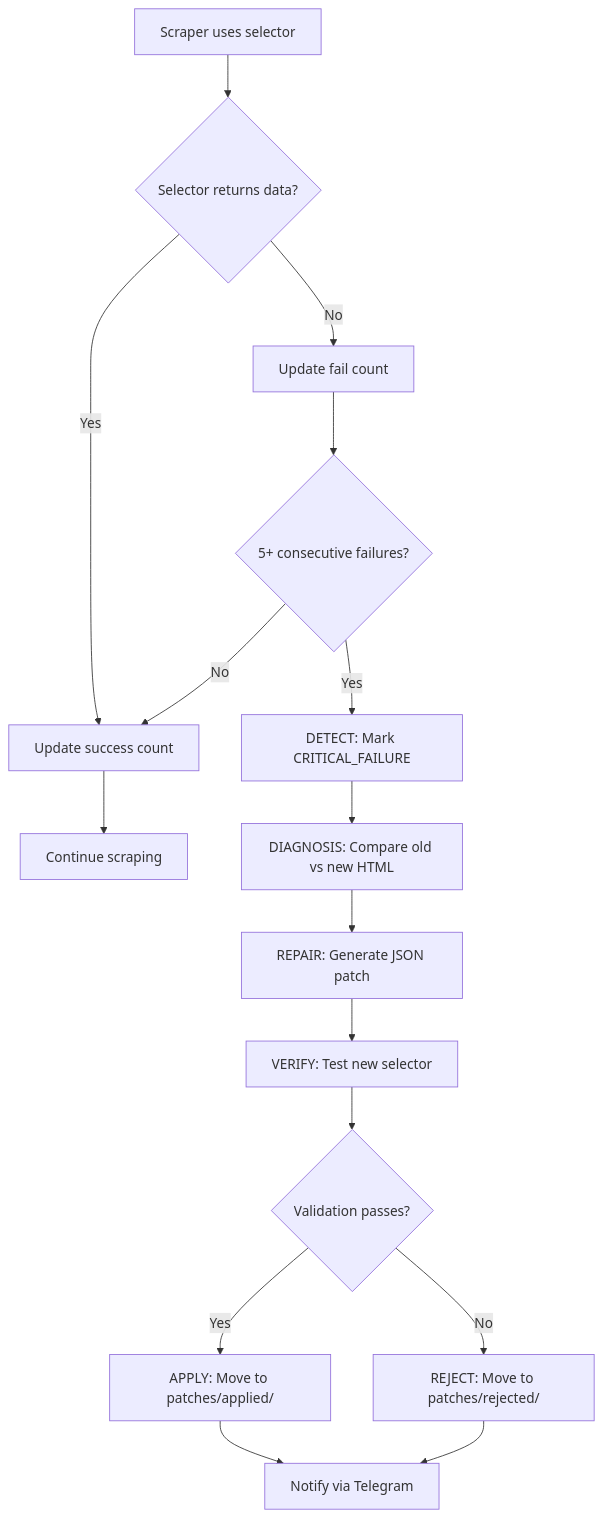
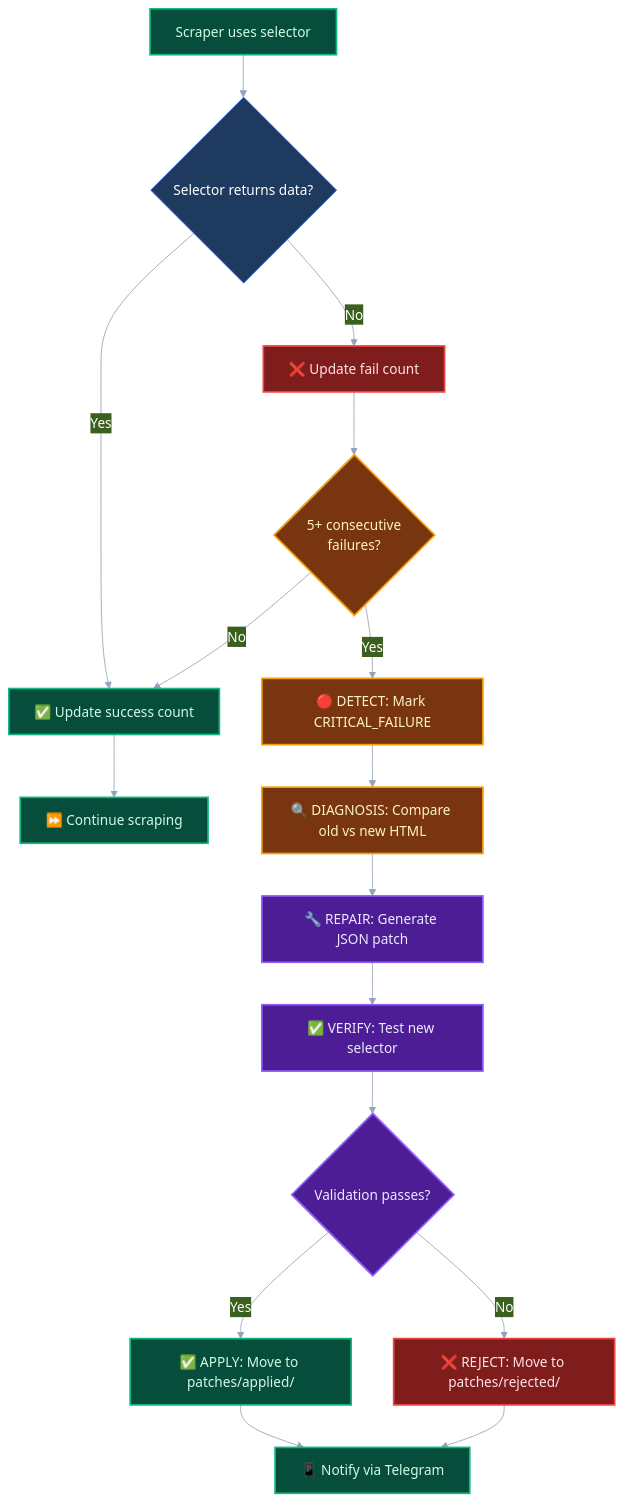
One commit to Gmpho/strike-tips-autonomous- changed the diagram in docs/hotpatch_manager_plan.md. Above: the diagram before and after it, drawn with Mermaid. The commit also changed 8 other files, not shown here.

Commit message:
docs: update Mermaid diagrams and architecture documentation for the hotpatch management flow

````diff
--- a/docs/hotpatch_manager_plan.md
+++ b/docs/hotpatch_manager_plan.md
@@ -145,18 +145,49 @@
 ```mermaid
+%%{
+  init: {
+    'theme': 'base',
+    'themeVariables': {
+      'primaryColor': '#1E3A5F',
+      'primaryTextColor': '#FFF',
+      'primaryBorderColor': '#2563EB',
+      'lineColor': '#94A3B8'
+    }
+  }
+}%%
 graph TD
-    A[Scraper uses selector] --> B{Selector returns data?}
-    B -->|Yes| C[Update success count]
-    B -->|No| D[Update fail count]
-    D --> E{5+ consecutive failures?}
+    classDef normal fill:#064E3B,stroke:#10B981,stroke-width:2px,color:#D1FAE5
+    classDef fail fill:#7F1D1D,stroke:#EF4444,stroke-width:2px,color:#FEE2E2
+    classDef detect fill:#78350F,stroke:#F59E0B,stroke-width:2px,color:#FEF3C7
+    classDef repair fill:#4C1D95,stroke:#8B5CF6,stroke-width:2px,color:#EDE9FE
+    classDef apply fill:#064E3B,stroke:#10B981,stroke-width:2px,color:#D1FAE5
+    classDef reject fill:#7F1D1D,stroke:#EF4444,stroke-width:2px,color:#FEE2E2
+
+    A["Scraper uses selector"] --> B{"Selector returns data?"}
+    class A normal
+    B -->|Yes| C["✅ Update success count"]
+    B -->|No| D["❌ Update fail count"]
+    class C normal
+    class D fail
+    D --> E{"5+ consecutive<br/>failures?"}
+    class E detect
     E -->|No| C
-    E -->|Yes| F[DETECT: Mark CRITICAL_FAILURE]
-    F --> G[DIAGNOSIS: Compare old vs new HTML]
-    G --> H[REPAIR: Generate JSON patch]
-    H --> I[VERIFY: Test new selector]
-    I --> J{Validation passes?}
-    J -->|Yes| K[APPLY: Move to patches/applied/]
-    J -->|No| L[REJECT: Move to patches/rejected/]
-    K --> M[Notify via Telegram]
+    E -->|Yes| F["🔴 DETECT: Mark CRITICAL_FAILURE"]
+    class F detect
+    F --> G["🔍 DIAGNOSIS: Compare old vs new HTML"]
+    class G detect
+    G --> H["🔧 REPAIR: Generate JSON patch"]
+    class H repair
+    H --> I["✅ VERIFY: Test new selector"]
+    class I repair
+    I --> J{"Validation passes?"}
+    class J repair
+    J -->|Yes| K["✅ APPLY: Move to patches/applied/"]
+    class K apply
+    J -->|No| L["❌ REJECT: Move to patches/rejected/"]
+    class L reject
+    K --> M["📱 Notify via Telegram"]
     L --> M
-    C --> N[Continue scraping]
+    class M normal
+    C --> N["⏩ Continue scraping"]
+    class N normal
 ```
````
